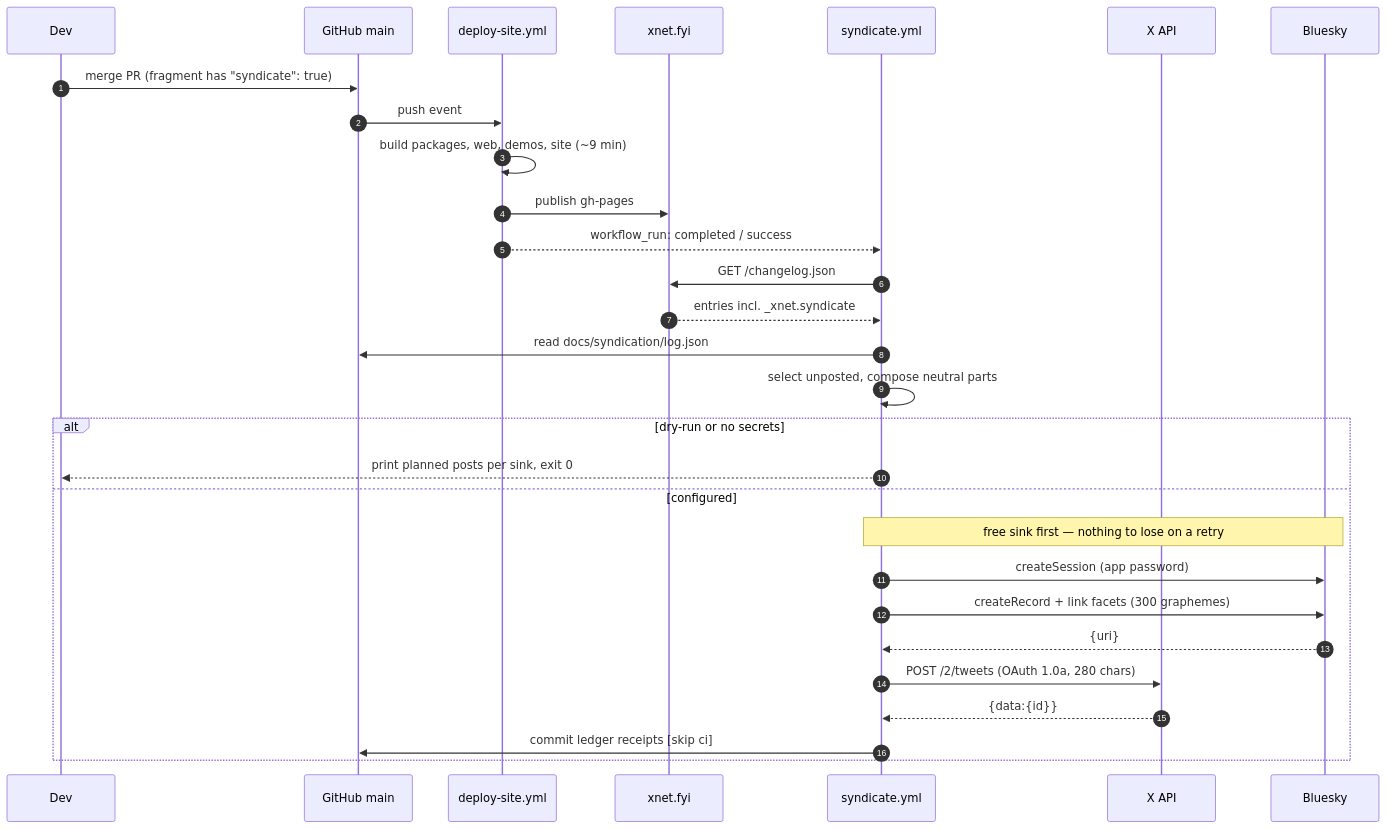
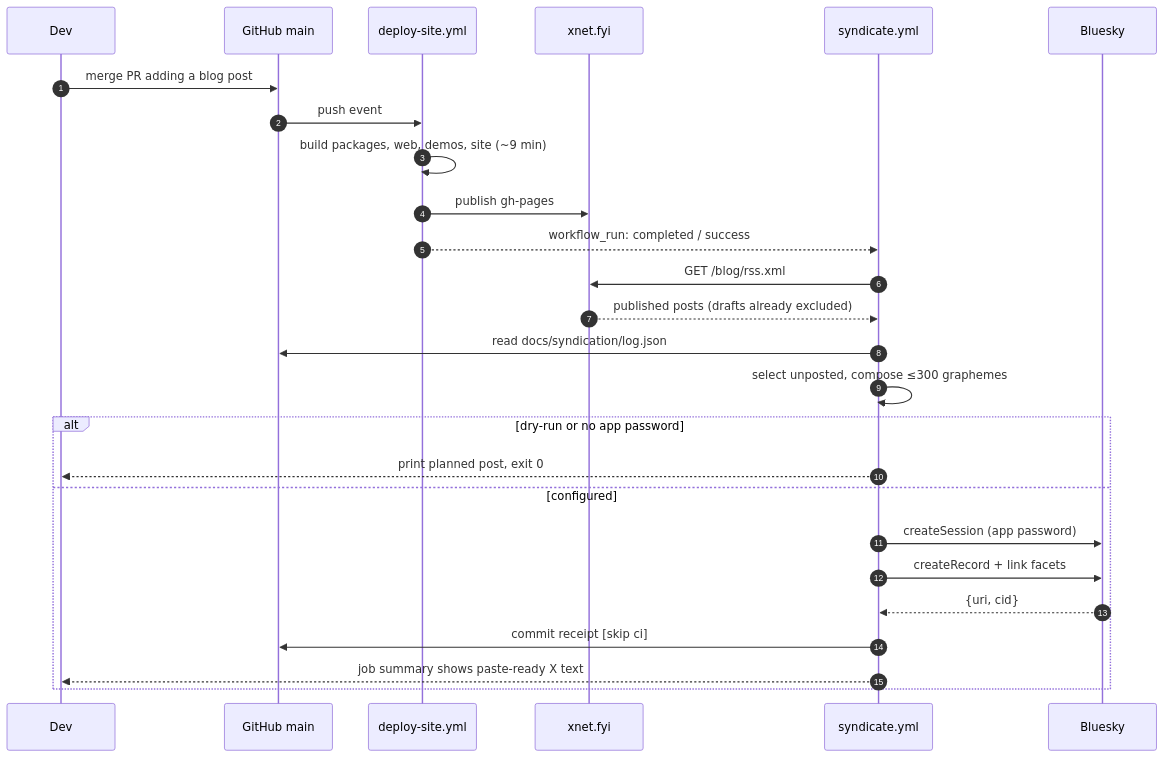
The third of 4 diagrams in docs/explorations/0432_[-]_POSSE_SYNDICATION_TO_X_AND_BLUESKY.md (crs48/xNet), drawn with Mermaid before and after one commit. The commit also changed other lines of this file, not shown here.

First line of the commit message:
docs(exploration): narrow 0432 to Bluesky-only, no paid API

````diff
--- a/docs/explorations/0432_[-]_POSSE_SYNDICATION_TO_X_AND_BLUESKY.md
+++ b/docs/explorations/0432_[-]_POSSE_SYNDICATION_TO_X_AND_BLUESKY.md
@@ -512,32 +303,29 @@
 ```mermaid
 sequenceDiagram
     autonumber
     participant Dev
     participant GH as GitHub main
     participant DS as deploy-site.yml
     participant Pages as xnet.fyi
     participant Syn as syndicate.yml
-    participant X as X API
     participant BS as Bluesky
 
-    Dev->>GH: merge PR (fragment has "syndicate": true)
+    Dev->>GH: merge PR adding a blog post
     GH->>DS: push event
     DS->>DS: build packages, web, demos, site (~9 min)
     DS->>Pages: publish gh-pages
     DS-->>Syn: workflow_run: completed / success
-    Syn->>Pages: GET /changelog.json
-    Pages-->>Syn: entries incl. _xnet.syndicate
+    Syn->>Pages: GET /blog/rss.xml
+    Pages-->>Syn: published posts (drafts already excluded)
     Syn->>GH: read docs/syndication/log.json
-    Syn->>Syn: select unposted, compose neutral parts
-    alt dry-run or no secrets
-        Syn-->>Dev: print planned posts per sink, exit 0
+    Syn->>Syn: select unposted, compose ≤300 graphemes
+    alt dry-run or no app password
+        Syn-->>Dev: print planned post, exit 0
     else configured
-        Note over Syn,BS: free sink first — nothing to lose on a retry
         Syn->>BS: createSession (app password)
-        Syn->>BS: createRecord + link facets (300 graphemes)
-        BS-->>Syn: {uri}
-        Syn->>X: POST /2/tweets (OAuth 1.0a, 280 chars)
-        X-->>Syn: {data:{id}}
-        Syn->>GH: commit ledger receipts [skip ci]
+        Syn->>BS: createRecord + link facets
+        BS-->>Syn: {uri, cid}
+        Syn->>GH: commit receipt [skip ci]
+        Syn-->>Dev: job summary shows paste-ready X text
     end
 ```
````
